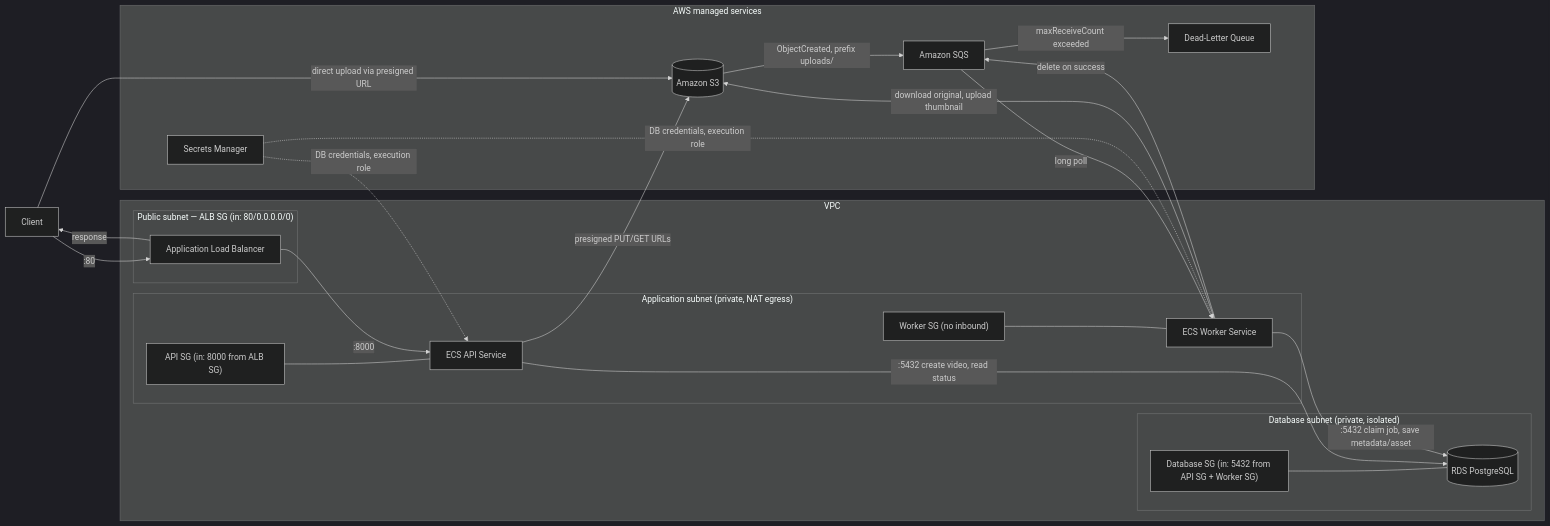
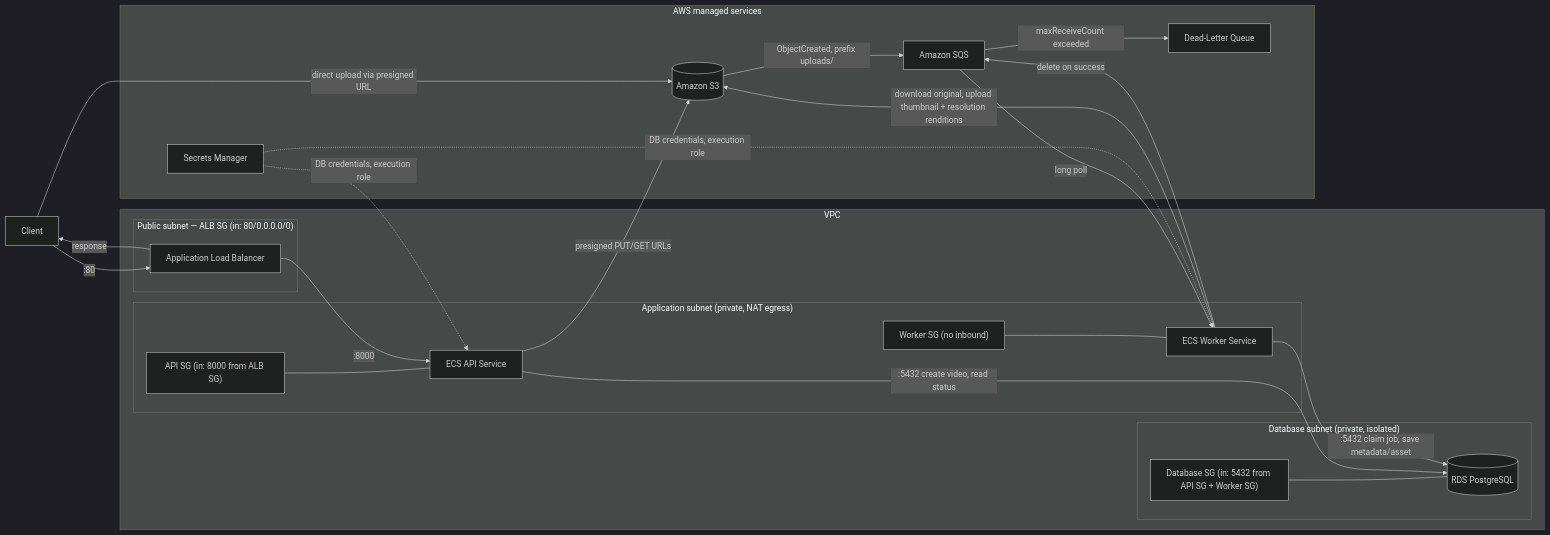
Before and after one commit to MichaelTolchinsky/video-processing: the diagram in docs/ARCHITECTURE.md, drawn with Mermaid (dark theme). The commit also changed other lines of this file and 40 other files, not shown here.

````diff
--- a/docs/ARCHITECTURE.md
+++ b/docs/ARCHITECTURE.md
@@ -7,49 +7,49 @@
 ```mermaid
 flowchart LR
     Client[Client]
 
     subgraph VPC["VPC"]
         subgraph Public["Public subnet — ALB SG (in: 80/0.0.0.0/0)"]
             ALB[Application Load Balancer]
         end
 
         subgraph App["Application subnet (private, NAT egress)"]
             APISG["API SG (in: 8000 from ALB SG)"]
             WorkerSG["Worker SG (no inbound)"]
             API[ECS API Service]
             Worker[ECS Worker Service]
             APISG --- API
             WorkerSG --- Worker
         end
 
         subgraph DataSubnet["Database subnet (private, isolated)"]
             DBSG["Database SG (in: 5432 from API SG + Worker SG)"]
             DB[(RDS PostgreSQL)]
             DBSG --- DB
         end
     end
 
     subgraph Managed["AWS managed services"]
         S3[(Amazon S3)]
         Queue[Amazon SQS]
         DLQ[Dead-Letter Queue]
         SM[Secrets Manager]
     end
 
     Client -->|:80| ALB
     ALB -->|:8000| API
     API -->|:5432 create video, read status| DB
     API -->|presigned PUT/GET URLs| S3
     ALB -->|response| Client
     Client -->|direct upload via presigned URL| S3
 
     S3 -->|ObjectCreated, prefix uploads/| Queue
     Queue -->|long poll| Worker
-    Worker -->|download original, upload thumbnail| S3
+    Worker -->|download original, upload thumbnail + resolution renditions| S3
     Worker -->|:5432 claim job, save metadata/asset| DB
     Worker -->|delete on success| Queue
     Queue -->|maxReceiveCount exceeded| DLQ
 
     SM -.->|DB credentials, execution role| API
     SM -.->|DB credentials, execution role| Worker
 ```
````
